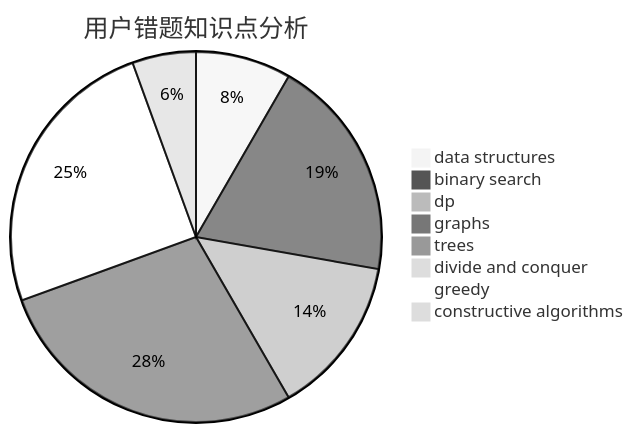
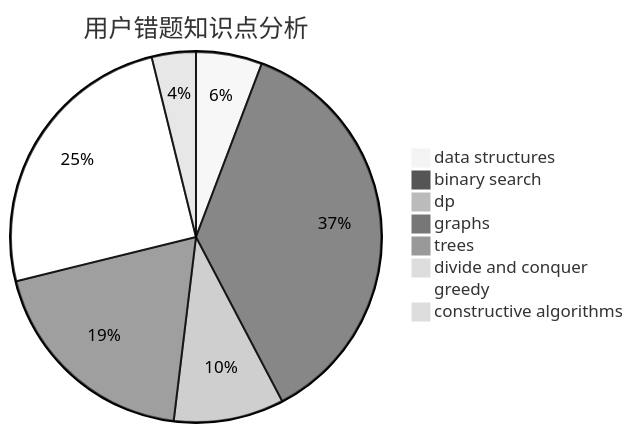
The third of 3 diagrams in docs/user/u533.md (sherpahu/cfrs.github.io), drawn with Mermaid (neutral theme) before and after one commit. The commit also changed other lines of this file and 2770 other files, not shown here.

````diff
--- a/docs/user/u533.md
+++ b/docs/user/u533.md
@@ -36,11 +36,11 @@
 ```mermaid
 pie title 用户错题知识点分析
     "data structures" :  3
-    "binary search" :  7
+    "binary search" :  19
     "dp" :  5
     "graphs" :  10
     "trees" :  0
     "divide and conquer" :  0
-    "greedy" :  9
+    "greedy" :  13
     "constructive algorithms" :  2
 ```
````
